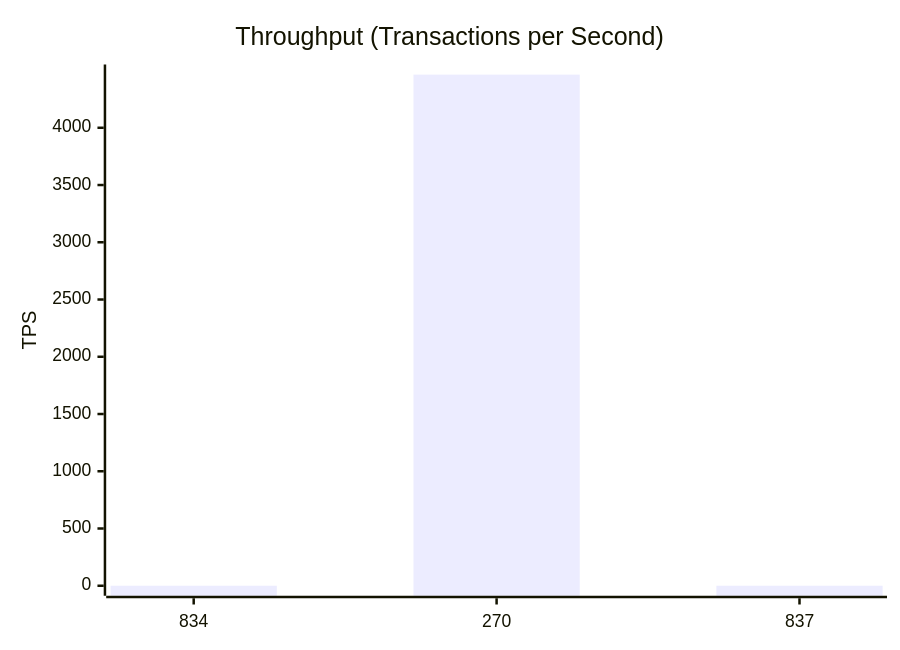
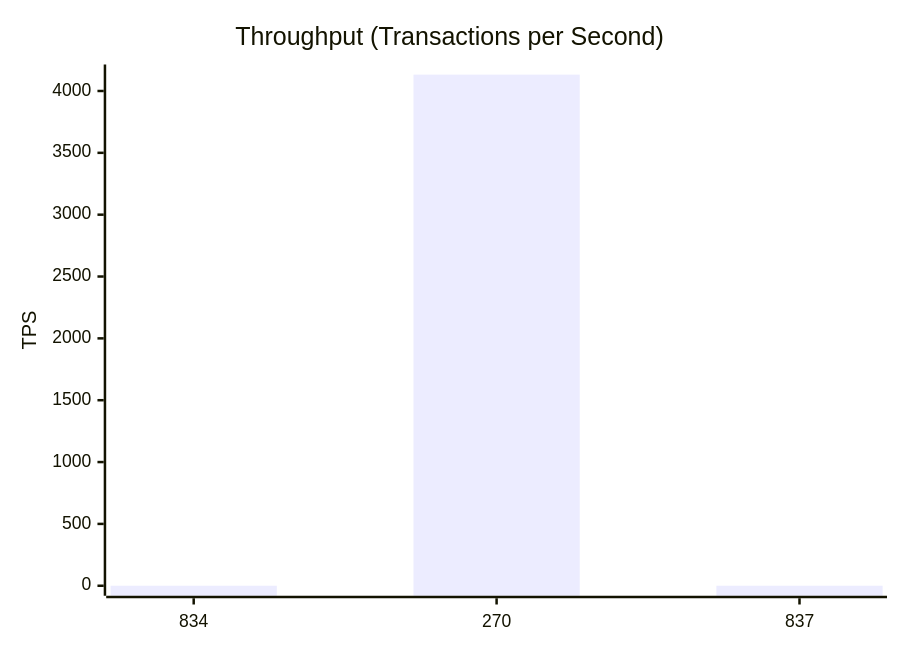
Before and after one commit to dhagan-va/intern-2025: the second of 10 diagrams in test-tools/DataGen/src/Statistics_Visualizer.md, drawn with Mermaid. The commit also changed other lines of this file and 7 other files, not shown here.

````diff
--- a/test-tools/DataGen/src/Statistics_Visualizer.md
+++ b/test-tools/DataGen/src/Statistics_Visualizer.md
@@ -28,7 +28,7 @@
 ```mermaid
 xychart-beta
     title "Throughput (Transactions per Second)"
     x-axis ["834", "270", "837"]
-    y-axis "TPS" 0 --> 4465.305644221626
-    bar [0.0, 4464.305644221626, 0.0]
+    y-axis "TPS" 0 --> 4133.265555913686
+    bar [0.0, 4132.265555913686, 0.0]
 ```
````
